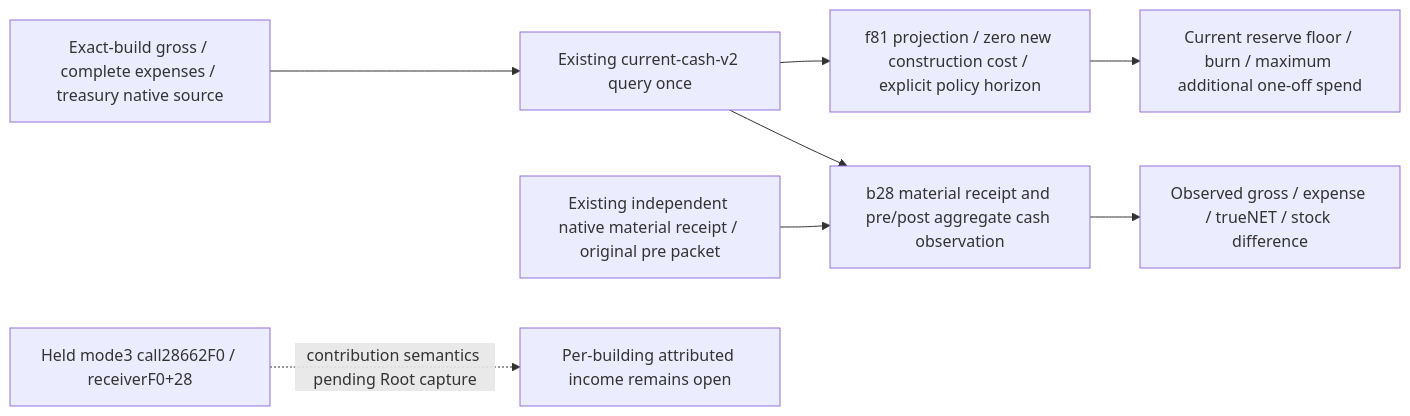
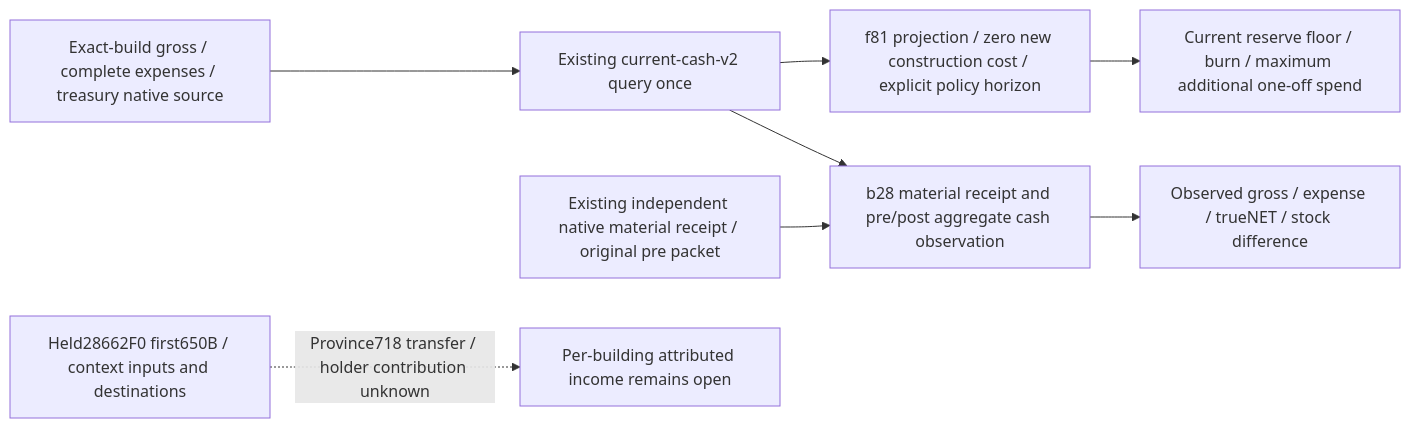
One commit to XenoAmess/ck3_eternal_recurrence changed the fourth of 4 diagrams in docs/ck3-native-ai/construction-economic-consumers-12004.md. Above: the diagram before and after it, drawn with Mermaid. The commit also changed other lines of this file, not shown here.

Commit message:
Document exact mode3 context inputs and finite cash outcome gap

````diff
--- a/docs/ck3-native-ai/construction-economic-consumers-12004.md
+++ b/docs/ck3-native-ai/construction-economic-consumers-12004.md
@@ -438,10 +494,10 @@
 ```mermaid
 flowchart LR
   I[Exact-build gross / complete expenses / treasury native source] --> Q[Existing current-cash-v2 query once]
   Q --> B[f81 projection / zero new construction cost / explicit policy horizon]
   Q --> O[b28 material receipt and pre/post aggregate cash observation]
   R[Existing independent native material receipt / original pre packet] --> O
   B --> F[Current reserve floor / burn / maximum additional one-off spend]
   O --> D[Observed gross / expense / trueNET / stock difference]
-  M[Held mode3 call28662F0 / receiverF0+28] -. contribution semantics pending Root capture .-> A[Per-building attributed income remains open]
+  M[Held28662F0 first650B / context inputs and destinations] -. Province718 transfer / holder contribution unknown .-> A[Per-building attributed income remains open]
 ```
````
